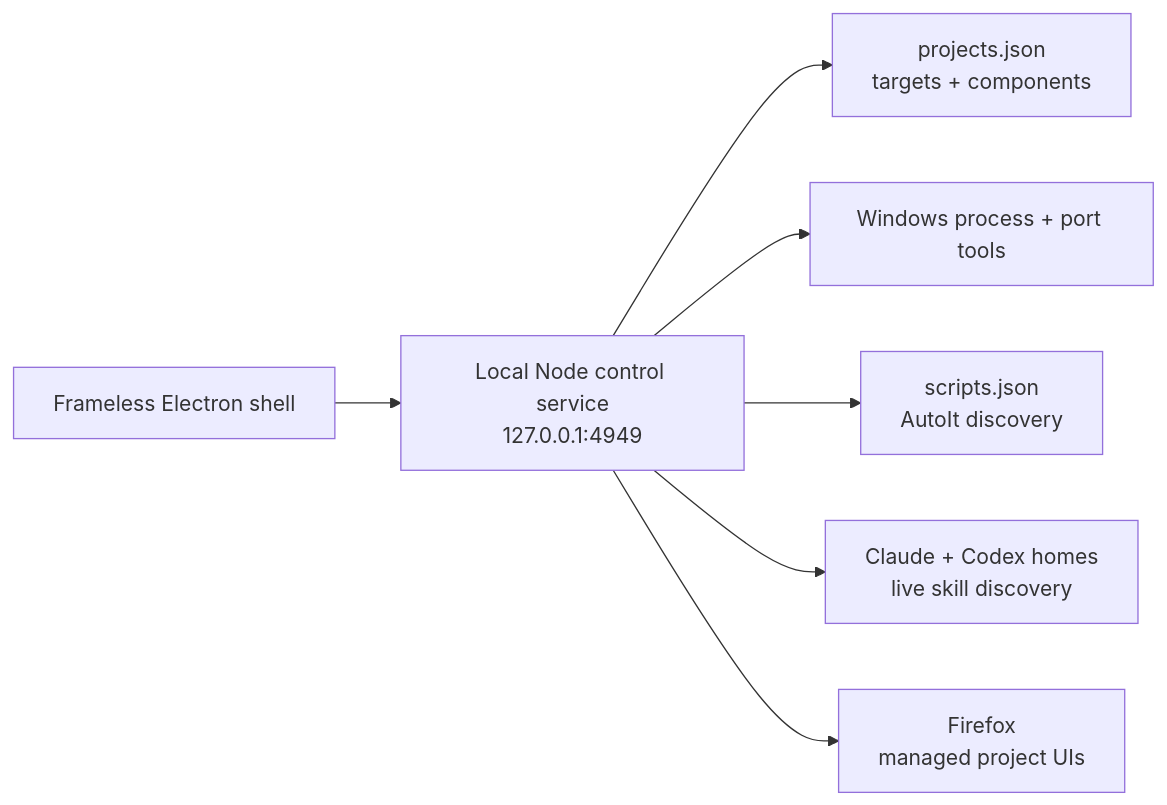
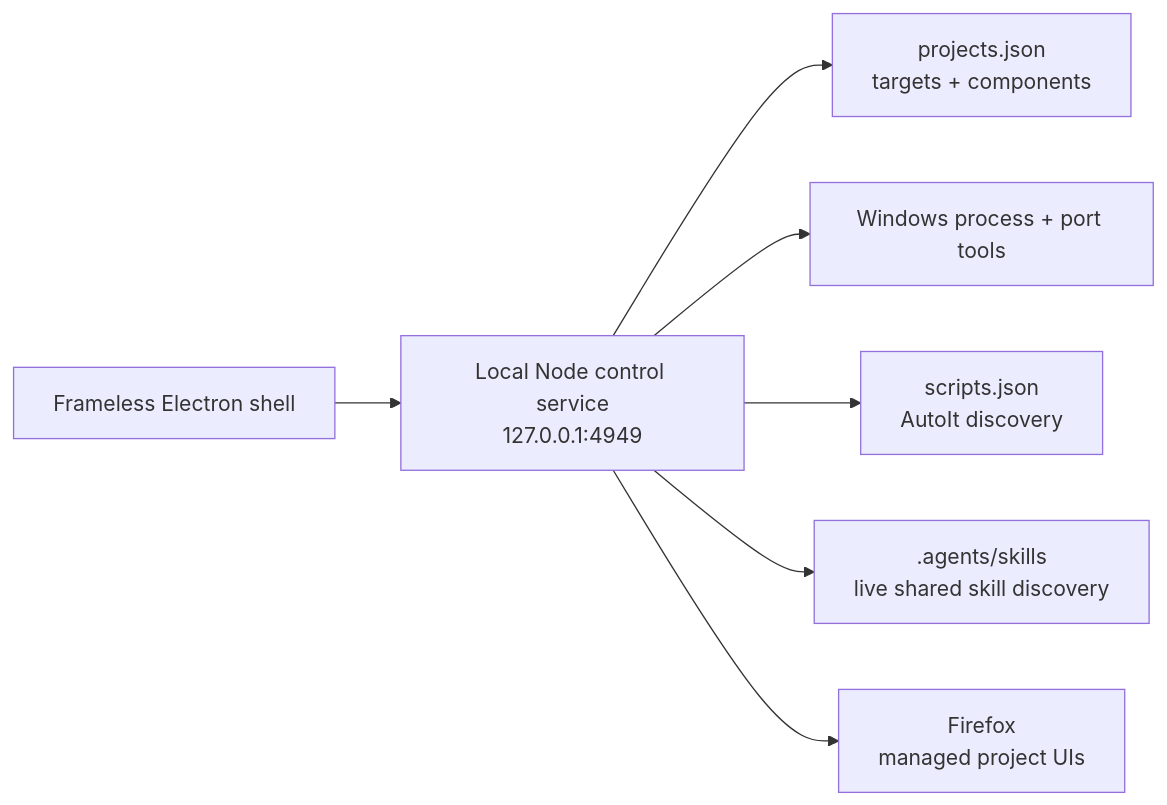
One commit to alfonza1/hackers-lair changed the diagram in README.md. Above: the diagram before and after it, drawn with Mermaid. The commit also changed other lines of this file and 1 other file, not shown here.

Commit message:
ui: present skills as shared catalog

````diff
--- a/README.md
+++ b/README.md
@@ -60,9 +60,9 @@
 ```mermaid
 flowchart LR
     UI["Frameless Electron shell"] --> API["Local Node control service<br/>127.0.0.1:4949"]
     API --> PROJECTS["projects.json<br/>targets + components"]
     API --> WINDOWS["Windows process + port tools"]
     API --> SCRIPTS["scripts.json<br/>AutoIt discovery"]
-    API --> SKILLS["Claude + Codex homes<br/>live skill discovery"]
+    API --> SKILLS[".agents/skills<br/>live shared skill discovery"]
     API --> FIREFOX["Firefox<br/>managed project UIs"]
 ```
````
